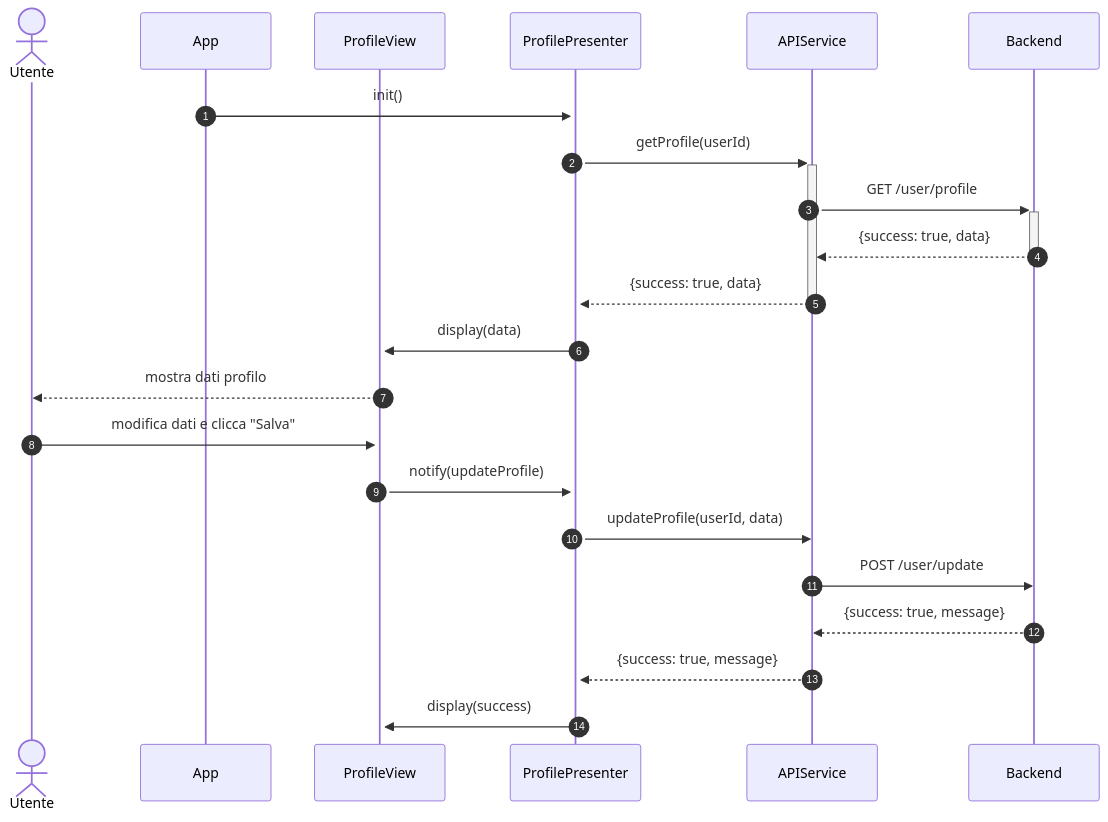
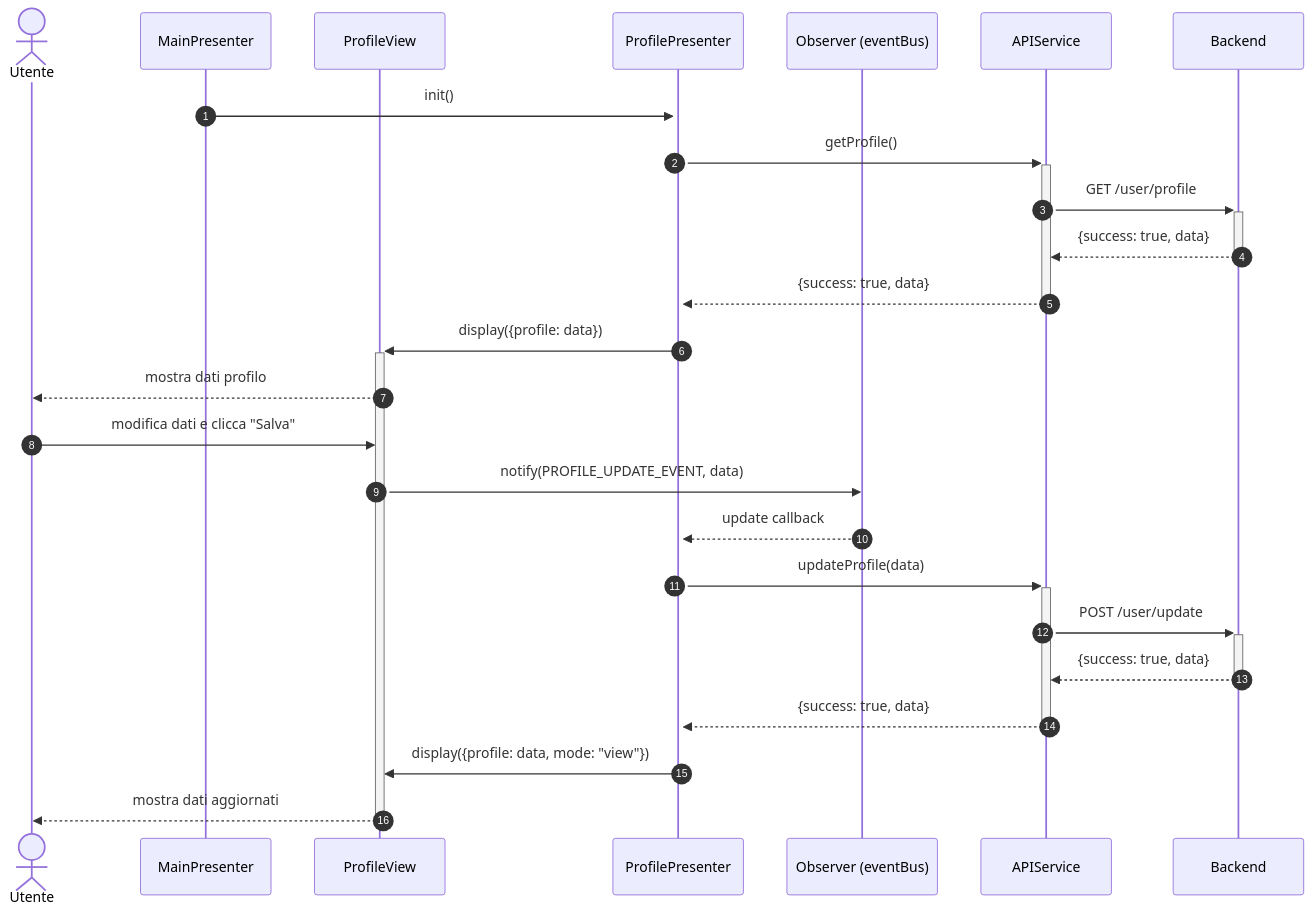
One commit to mb4dev/progetto-prova changed the sixth of 7 diagrams in documentazione_v2/UC02.md. Above: the diagram before and after it, drawn with Mermaid. The commit also changed other lines of this file and 4 other files, not shown here.

````diff
--- a/documentazione_v2/UC02.md
+++ b/documentazione_v2/UC02.md
@@ -138,26 +154,29 @@
 ``` mermaid
 sequenceDiagram
     autonumber
     actor user as Utente
-    participant nav as App   
+    participant main as MainPresenter
     participant view as ProfileView
     participant presenter as ProfilePresenter
+    participant bus as Observer (eventBus)
     participant api as APIService
     participant backend as Backend
 
-    nav ->>+ presenter: init()
-    presenter ->>+ api: getProfile(userId)
+    main ->>+ presenter: init()
+    presenter ->>+ api: getProfile()
     api ->>+ backend: GET /user/profile
     backend -->>- api: {success: true, data}
     api -->>- presenter: {success: true, data}
-    presenter ->>+ view: display(data)
+    presenter ->>+ view: display({profile: data})
     view -->> user: mostra dati profilo
     
     user ->> view: modifica dati e clicca "Salva"
-    view ->> presenter: notify(updateProfile)
-    presenter ->> api: updateProfile(userId, data)
-    api ->> backend: POST /user/update
-    backend -->> api: {success: true, message}
-    api -->> presenter: {success: true, message}
-    presenter ->> view: display(success)
+    view ->> bus: notify(PROFILE_UPDATE_EVENT, data)
+    bus -->> presenter: update callback
+    presenter ->>+ api: updateProfile(data)
+    api ->>+ backend: POST /user/update
+    backend -->>- api: {success: true, data}
+    api -->>- presenter: {success: true, data}
+    presenter ->> view: display({profile: data, mode: "view"})
+    view -->>- user: mostra dati aggiornati
 ```
````
